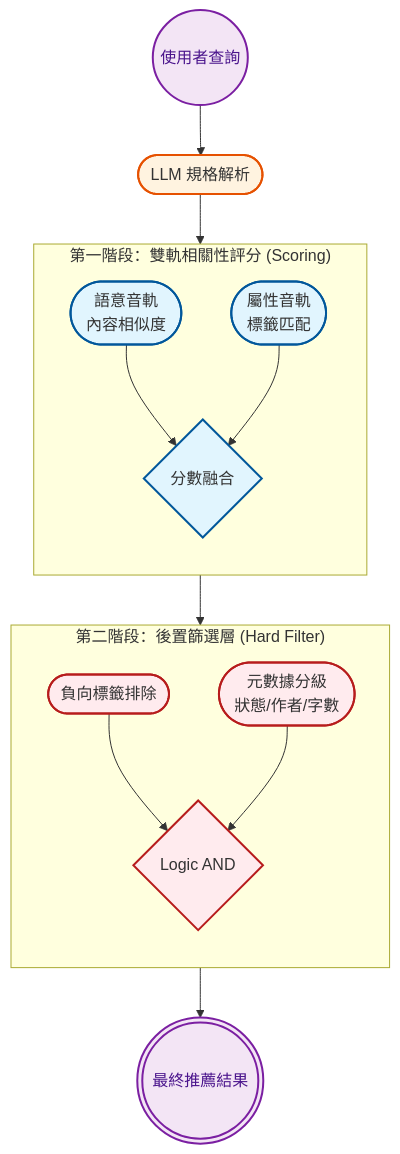
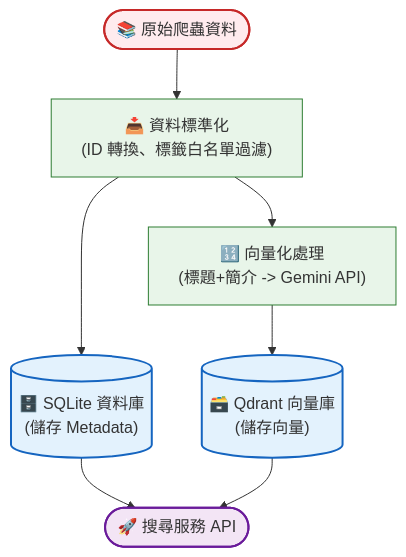
One commit to wangicheng/hybrid-reasoner changed the first of 12 diagrams in docs/report.md. Above: the diagram before and after it, drawn with Mermaid. The commit also changed other lines of this file and 9 other files, not shown here.

````diff
--- a/docs/report.md
+++ b/docs/report.md
@@ -69,40 +39,18 @@
 ```mermaid
 flowchart TD
-    %% 樣式定義 (Class Definitions)
-    classDef io fill:#f3e5f5,stroke:#7b1fa2,stroke-width:2px,color:#4a148c
-    classDef process fill:#fff3e0,stroke:#e65100,stroke-width:2px
-    classDef scorer fill:#e1f5fe,stroke:#01579b,stroke-width:2px
-    classDef filter fill:#ffebee,stroke:#b71c1c,stroke-width:2px
+    %% 自定義節點樣式
+    classDef input fill:#ffebee,stroke:#c62828,stroke-width:2px
+    classDef process fill:#e8f5e9,stroke:#2e7d32,stroke-width:1px
+    classDef database fill:#e3f2fd,stroke:#1565c0,stroke-width:2px
+    classDef output fill:#f3e5f5,stroke:#6a1b9a,stroke-width:2px
+
+    Raw(["📚 原始爬蟲資料"]):::input --> Ingest["📥 資料標準化<br/>(ID 轉換、標籤白名單過濾)"]:::process
     
-    %% 主流程起始
-    UserQuery((使用者查詢)):::io --> Parser([LLM 規格解析]):::process
+    Ingest --> DB[("🗄️ SQLite 資料庫<br/>(儲存 Metadata)")]:::database
     
-    %% 連接到評分階段
-    Parser --> ScoringPhase
+    Ingest --> Embed["🔢 向量化處理<br/>(標題+簡介 -> Gemini API)"]:::process
+    Embed --> VS[("🗃️ Qdrant 向量庫<br/>(儲存向量)")]:::database
     
-    subgraph ScoringPhase ["第一階段：雙軌相關性評分 (Scoring)"]
-        direction TB
-        T1([語意音軌<br/>內容相似度]):::scorer
-        T2([屬性音軌<br/>標籤匹配]):::scorer
-        Fusion{分數融合}:::scorer
-        
-        T1 --> Fusion
-        T2 --> Fusion
-    end
-    
-    %% 評分階段連接到篩選階段
-    ScoringPhase --> FilteringPhase
-    
-    subgraph FilteringPhase ["第二階段：後置篩選層 (Hard Filter)"]
-        direction TB
-        F1([負向標籤排除]):::filter
-        F2([元數據分級<br/>狀態/作者/字數]):::filter
-        Combine{Logic AND}:::filter
-        
-        F1 --> Combine
-        F2 --> Combine
-    end
-    
-    %% 產出最終結果
-    FilteringPhase --> Result(((最終推薦結果))):::io
+    DB --> API(["🚀 搜尋服務 API"]):::output
+    VS --> API
 ```
````
